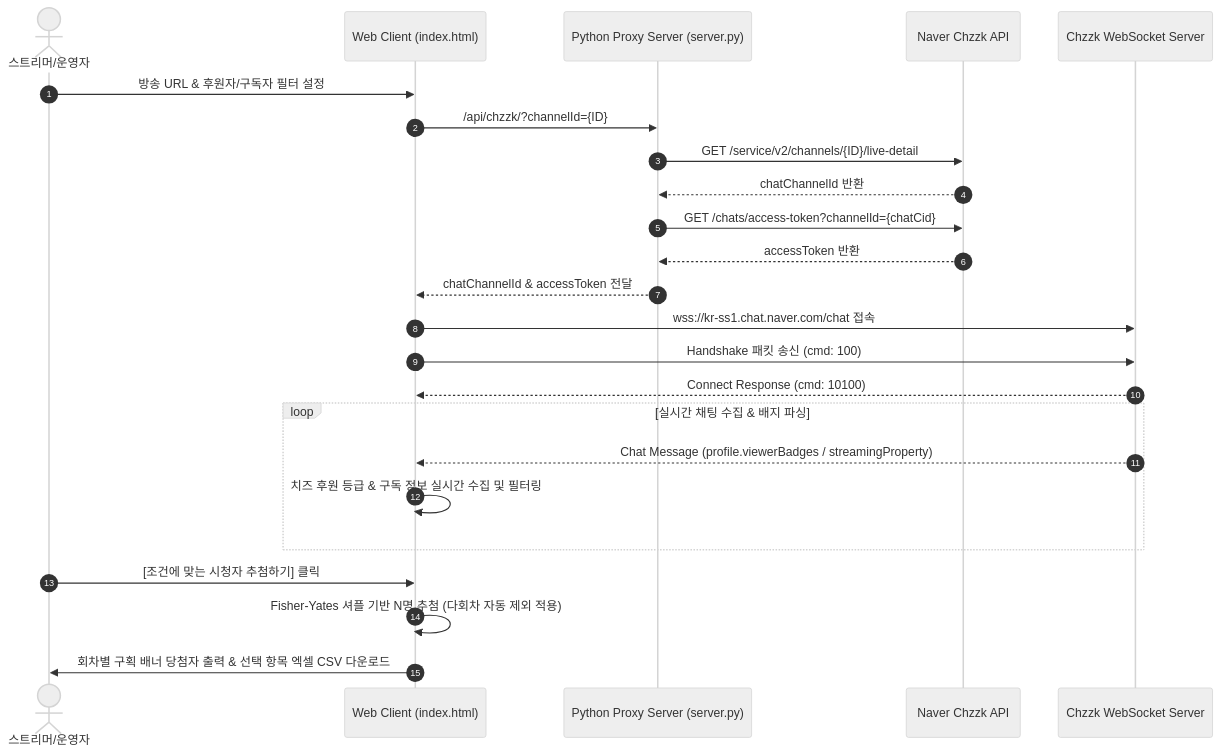
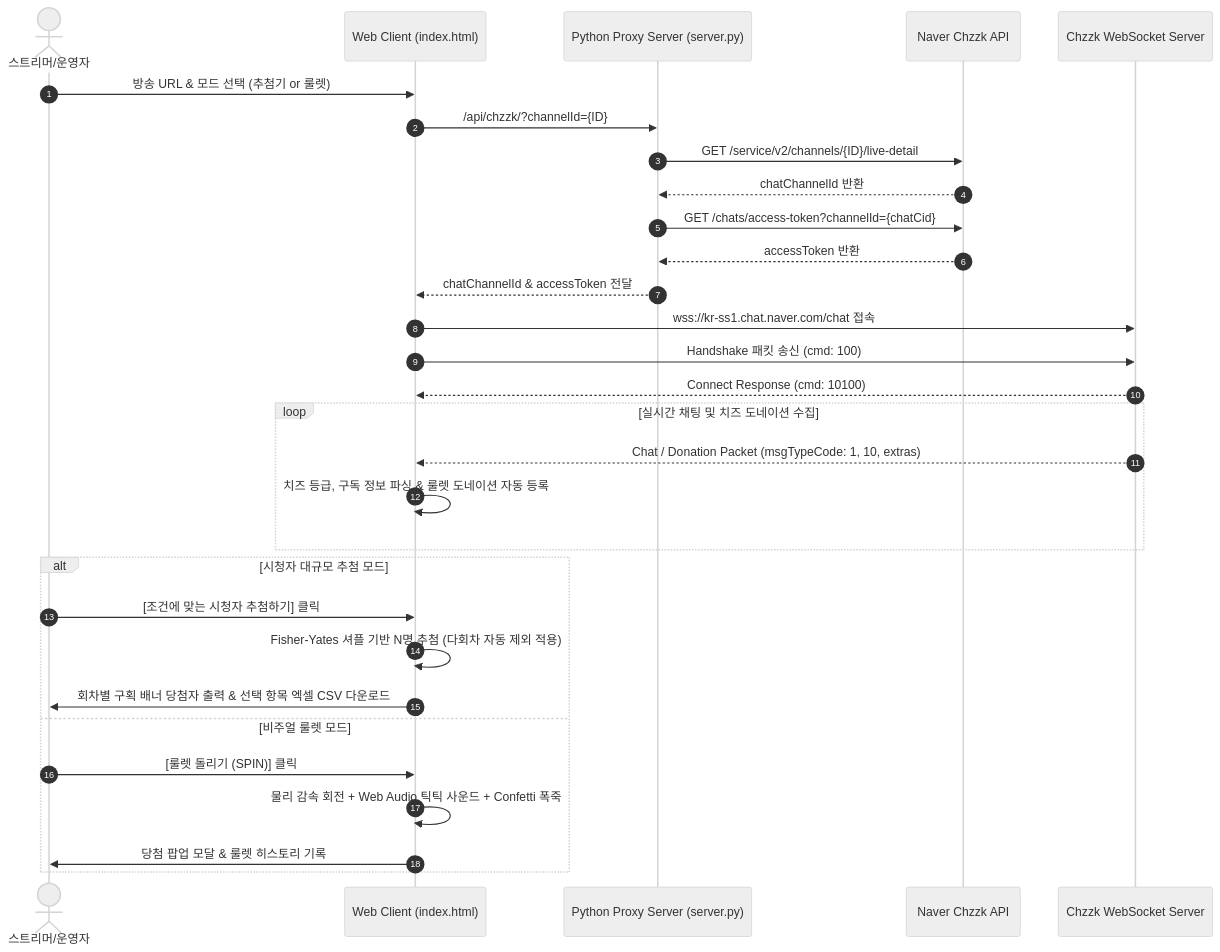
One commit to ManofKimchi08/chzzk-raffle-app changed the diagram in README.md. Above: the diagram before and after it, drawn with Mermaid (neutral theme). The commit also changed other lines of this file and 1 other file, not shown here.

Commit message:
feat: Add Visual Roulette Engine with Manual Entry and Real-time Chzzk Donation Auto-Population (v2.0.0)

````diff
--- a/README.md
+++ b/README.md
@@ -41,27 +64,33 @@
 ```mermaid
 sequenceDiagram
     autonumber
     actor Streamer as 스트리머/운영자
     participant WebApp as Web Client (index.html)
     participant Server as Python Proxy Server (server.py)
     participant ChzzkAPI as Naver Chzzk API
     participant ChzzkWS as Chzzk WebSocket Server
 
-    Streamer->>WebApp: 방송 URL & 후원자/구독자 필터 설정
+    Streamer->>WebApp: 방송 URL & 모드 선택 (추첨기 or 룰렛)
     WebApp->>Server: /api/chzzk/?channelId={ID}
     Server->>ChzzkAPI: GET /service/v2/channels/{ID}/live-detail
     ChzzkAPI-->>Server: chatChannelId 반환
     Server->>ChzzkAPI: GET /chats/access-token?channelId={chatCid}
     ChzzkAPI-->>Server: accessToken 반환
     Server-->>WebApp: chatChannelId & accessToken 전달
     WebApp->>ChzzkWS: wss://kr-ss1.chat.naver.com/chat 접속
     WebApp->>ChzzkWS: Handshake 패킷 송신 (cmd: 100)
     ChzzkWS-->>WebApp: Connect Response (cmd: 10100)
-    loop 실시간 채팅 수집 & 배지 파싱
-        ChzzkWS-->>WebApp: Chat Message (profile.viewerBadges / streamingProperty)
-        WebApp->>WebApp: 치즈 후원 등급 & 구독 정보 실시간 수집 및 필터링
+    loop 실시간 채팅 및 치즈 도네이션 수집
+        ChzzkWS-->>WebApp: Chat / Donation Packet (msgTypeCode: 1, 10, extras)
+        WebApp->>WebApp: 치즈 등급, 구독 정보 파싱 & 룰렛 도네이션 자동 등록
     end
-    Streamer->>WebApp: [조건에 맞는 시청자 추첨하기] 클릭
-    WebApp->>WebApp: Fisher-Yates 셔플 기반 N명 추첨 (다회차 자동 제외 적용)
-    WebApp->>Streamer: 회차별 구획 배너 당첨자 출력 & 선택 항목 엑셀 CSV 다운로드
+    alt 시청자 대규모 추첨 모드
+        Streamer->>WebApp: [조건에 맞는 시청자 추첨하기] 클릭
+        WebApp->>WebApp: Fisher-Yates 셔플 기반 N명 추첨 (다회차 자동 제외 적용)
+        WebApp->>Streamer: 회차별 구획 배너 당첨자 출력 & 선택 항목 엑셀 CSV 다운로드
+    else 비주얼 룰렛 모드
+        Streamer->>WebApp: [룰렛 돌리기 (SPIN)] 클릭
+        WebApp->>WebApp: 물리 감속 회전 + Web Audio 틱틱 사운드 + Confetti 폭죽
+        WebApp->>Streamer: 당첨 팝업 모달 & 룰렛 히스토리 기록
+    end
 ```
````
